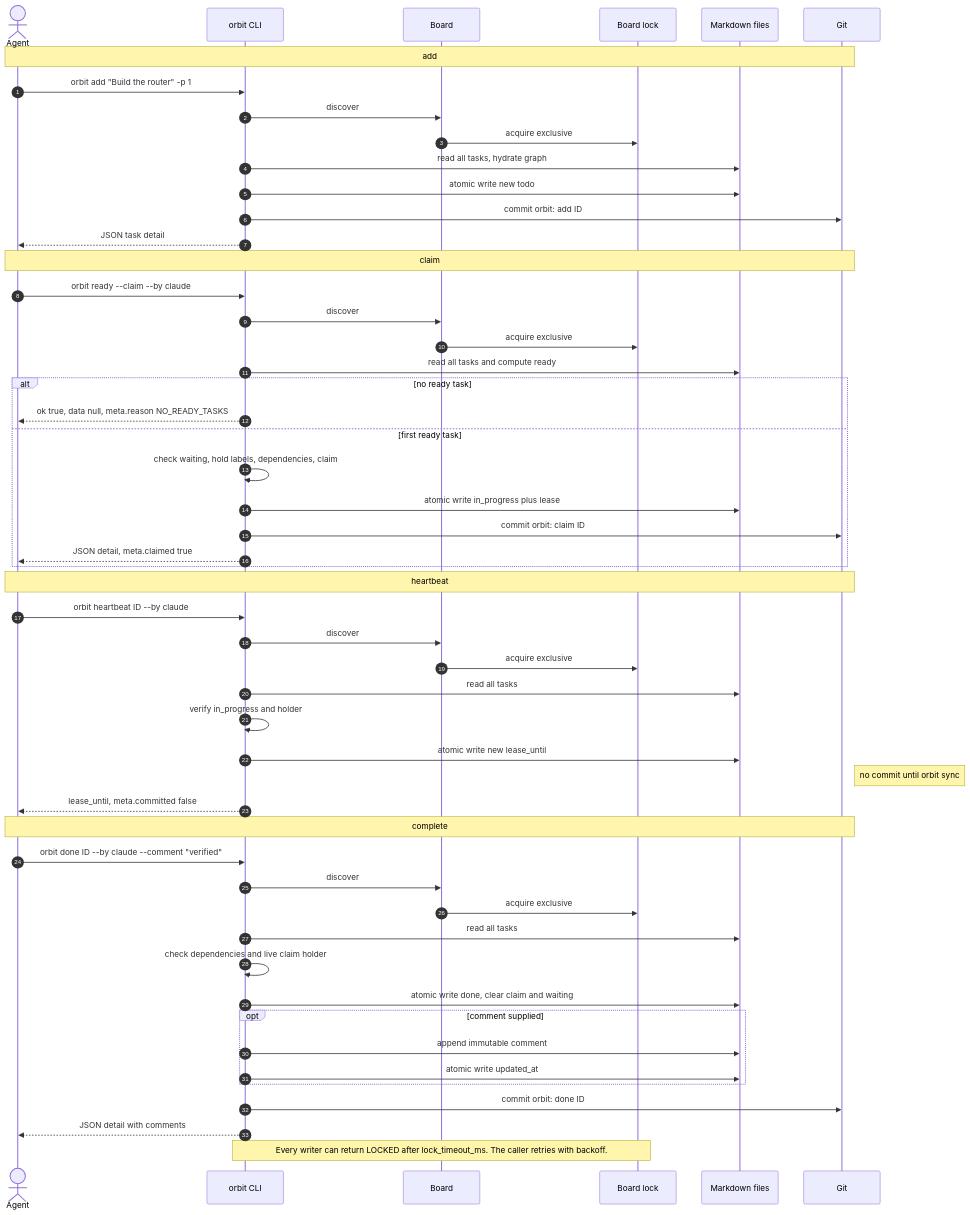
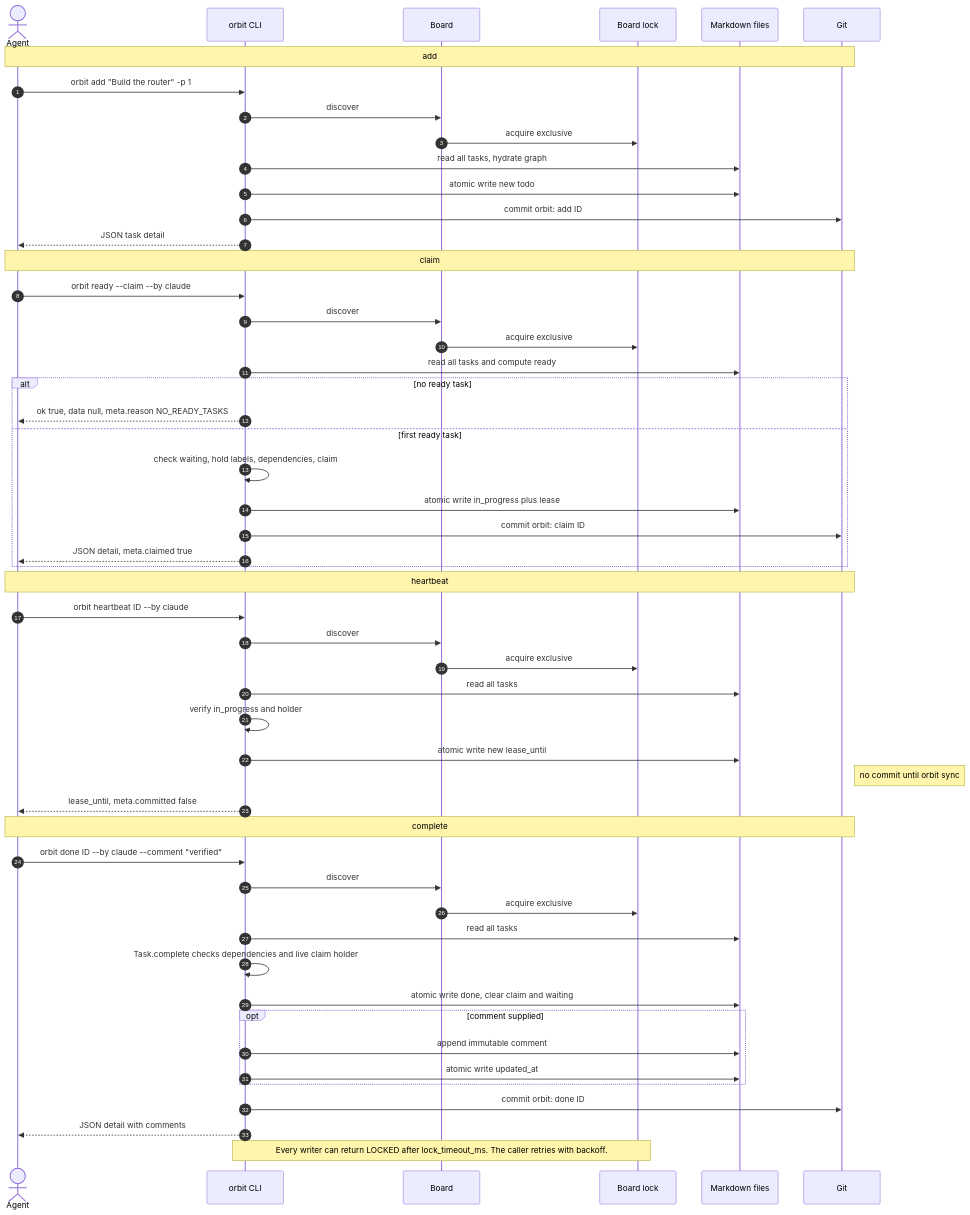
Before and after one commit to rcmendes/orbit: the ninth of 11 diagrams in docs/ARCHITECTURE.md, drawn with Mermaid. The commit also changed other lines of this file and 5 other files, not shown here.

````diff
--- a/docs/ARCHITECTURE.md
+++ b/docs/ARCHITECTURE.md
@@ -505,59 +508,59 @@
 ```mermaid
 sequenceDiagram
     autonumber
     actor Agent
     participant CLI as orbit CLI
     participant BRD as Board
     participant LCK as Board lock
     participant FS as Markdown files
     participant GIT as Git
 
     Note over Agent,GIT: add
     Agent->>CLI: orbit add "Build the router" -p 1
     CLI->>BRD: discover
     BRD->>LCK: acquire exclusive
     CLI->>FS: read all tasks, hydrate graph
     CLI->>FS: atomic write new todo
     CLI->>GIT: commit orbit: add ID
     CLI-->>Agent: JSON task detail
 
     Note over Agent,GIT: claim
     Agent->>CLI: orbit ready --claim --by claude
     CLI->>BRD: discover
     BRD->>LCK: acquire exclusive
     CLI->>FS: read all tasks and compute ready
     alt no ready task
         CLI-->>Agent: ok true, data null, meta.reason NO_READY_TASKS
     else first ready task
         CLI->>CLI: check waiting, hold labels, dependencies, claim
         CLI->>FS: atomic write in_progress plus lease
         CLI->>GIT: commit orbit: claim ID
         CLI-->>Agent: JSON detail, meta.claimed true
     end
 
     Note over Agent,GIT: heartbeat
     Agent->>CLI: orbit heartbeat ID --by claude
     CLI->>BRD: discover
     BRD->>LCK: acquire exclusive
     CLI->>FS: read all tasks
     CLI->>CLI: verify in_progress and holder
     CLI->>FS: atomic write new lease_until
     Note right of GIT: no commit until orbit sync
     CLI-->>Agent: lease_until, meta.committed false
 
     Note over Agent,GIT: complete
     Agent->>CLI: orbit done ID --by claude --comment "verified"
     CLI->>BRD: discover
     BRD->>LCK: acquire exclusive
     CLI->>FS: read all tasks
-    CLI->>CLI: check dependencies and live claim holder
+    CLI->>CLI: Task.complete checks dependencies and live claim holder
     CLI->>FS: atomic write done, clear claim and waiting
     opt comment supplied
         CLI->>FS: append immutable comment
         CLI->>FS: atomic write updated_at
     end
     CLI->>GIT: commit orbit: done ID
     CLI-->>Agent: JSON detail with comments
 
     Note over CLI,LCK: Every writer can return LOCKED after lock_timeout_ms. The caller retries with backoff.
 ```
````
